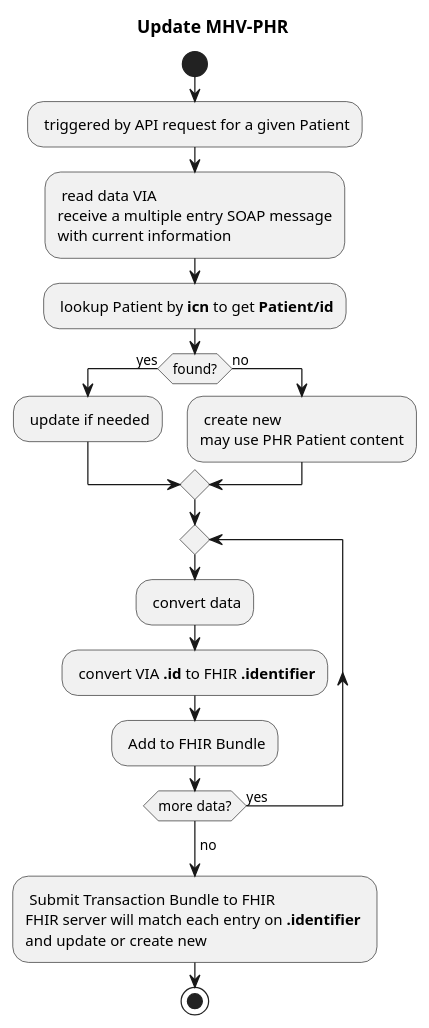
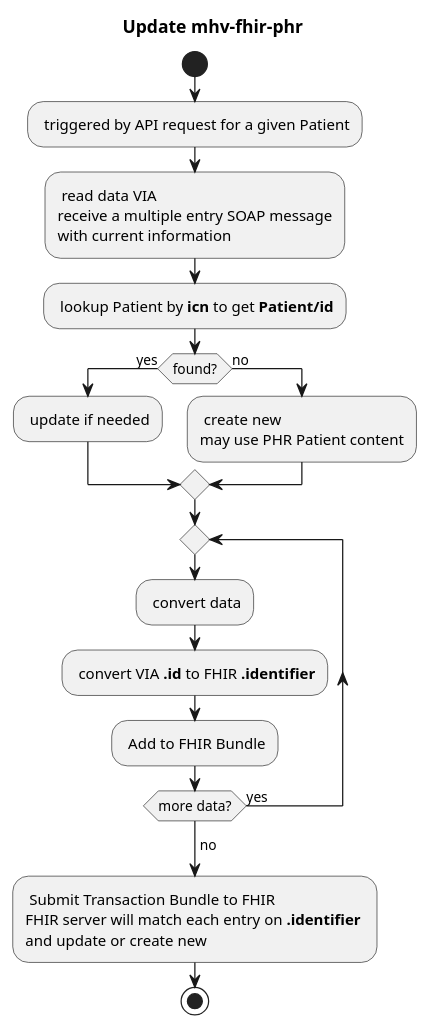
One commit to department-of-veterans-affairs/mhv-fhir-phr-mapping changed the diagram in input/images-source/update-flow.plantuml. Above: the diagram before and after it, drawn with PlantUML. The commit also changed 949 other files, not shown here.

```diff
--- a/input/images-source/update-flow.plantuml
+++ b/input/images-source/update-flow.plantuml
@@ -1,33 +1,33 @@
 @startuml
-title Update MHV-PHR
+title Update mhv-fhir-phr
 
 
 start
 : triggered by API request for a given Patient;
 
 : read data VIA
 receive a multiple entry SOAP message
 with current information;
 
 : lookup Patient by **icn** to get **Patient/id**;
 if (found?) then (yes)
   : update if needed;
 else (no)
   : create new
   may use PHR Patient content;
 endif 
 
 repeat
   : convert data;
   : convert VIA **.id** to FHIR **.identifier**;
   : Add to FHIR Bundle;
 repeat while (more data?) is (yes)
 ->no;
 
 : Submit Transaction Bundle to FHIR
 FHIR server will match each entry on **.identifier** 
 and update or create new;
 
 stop
 
 @enduml
```
